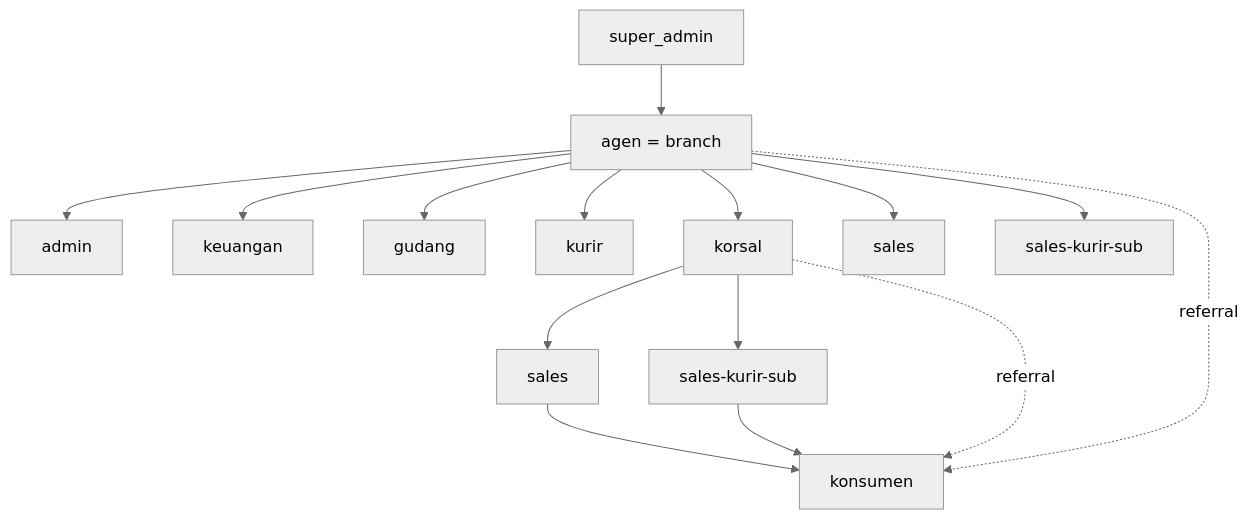
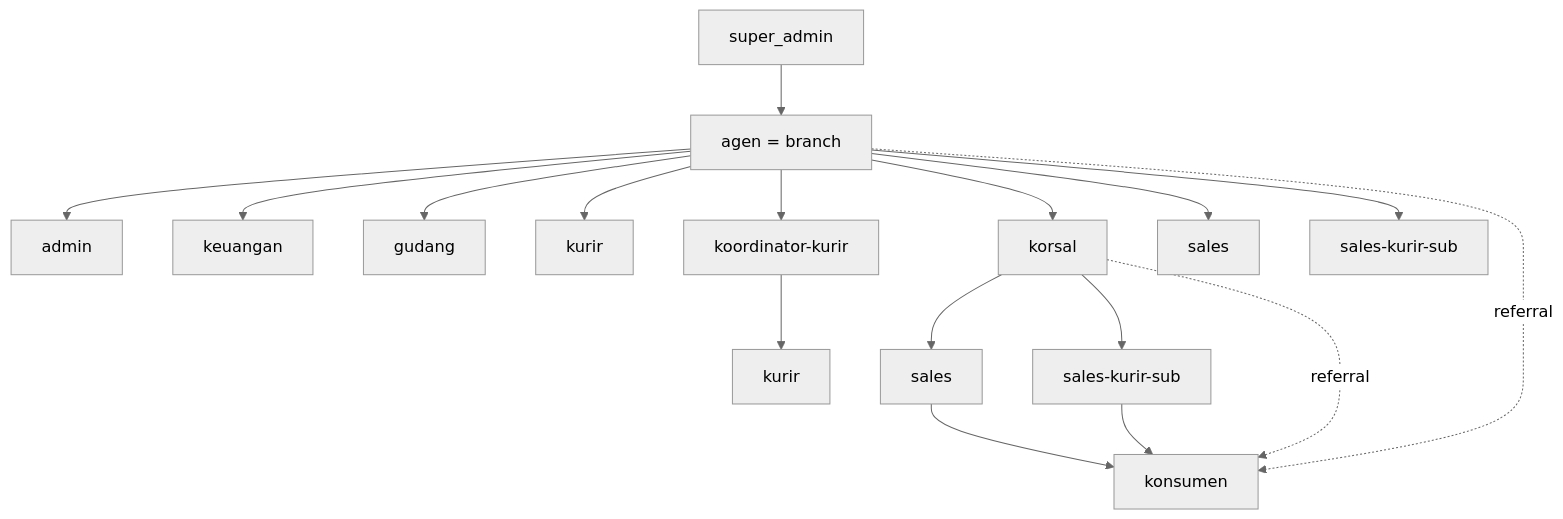
The second of 2 diagrams in docs/MASTER-SYSTEM.md (kmsitcomputer/kmsitprimeclassy), drawn with Mermaid (neutral theme) before and after one commit. The commit also changed other lines of this file and 190 other files, not shown here.

````diff
--- a/docs/MASTER-SYSTEM.md
+++ b/docs/MASTER-SYSTEM.md
@@ -46,17 +46,19 @@
 ```mermaid
 graph TD
   SA[super_admin] --> AG[agen = branch]
   AG --> AD[admin]
   AG --> KE[keuangan]
   AG --> GU[gudang]
   AG --> KU[kurir]
+  AG --> KK[koordinator-kurir]
+  KK --> KU2[kurir]
   AG --> KO[korsal]
   AG --> SA2[sales]
   AG --> SK[sales-kurir-sub]
   KO --> SA3[sales]
   KO --> SK2[sales-kurir-sub]
   SA3 --> KN[konsumen]
   SK2 --> KN
   AG -.referral.-> KN
   KO -.referral.-> KN
 ```
````
